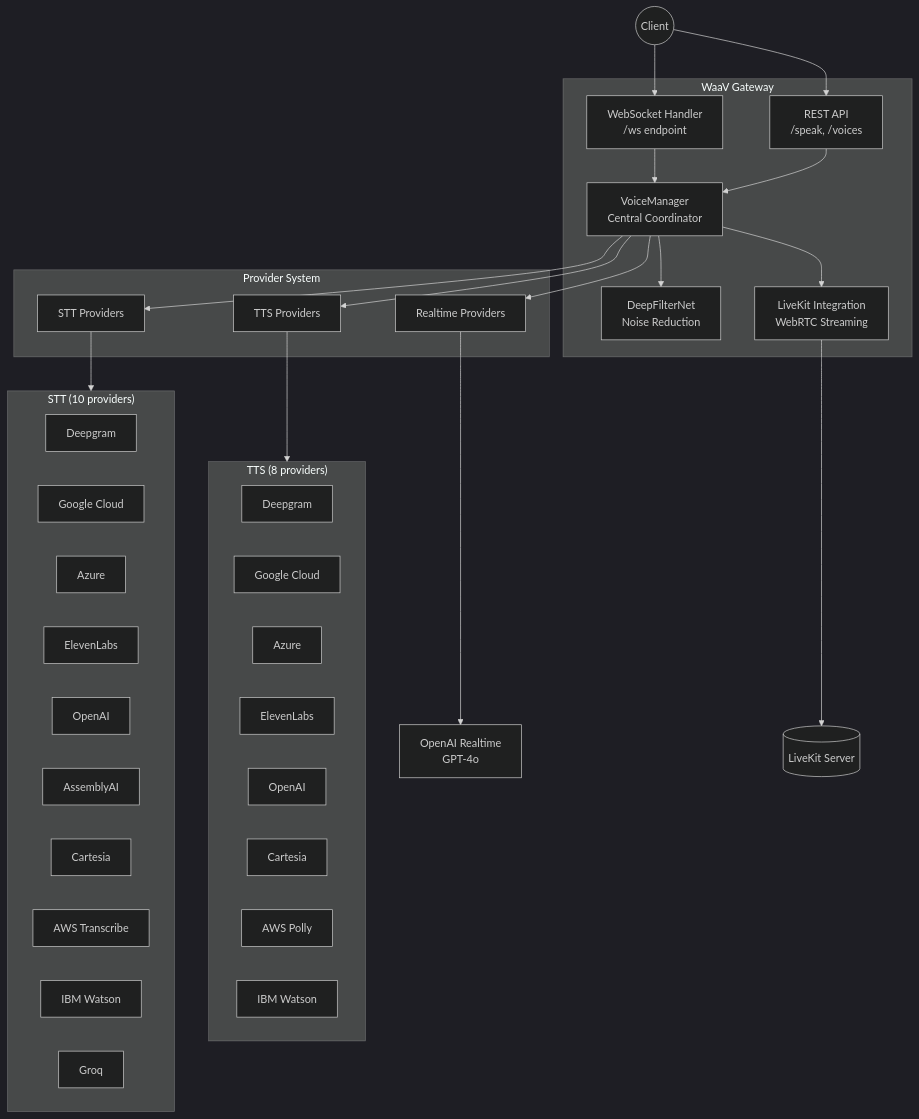
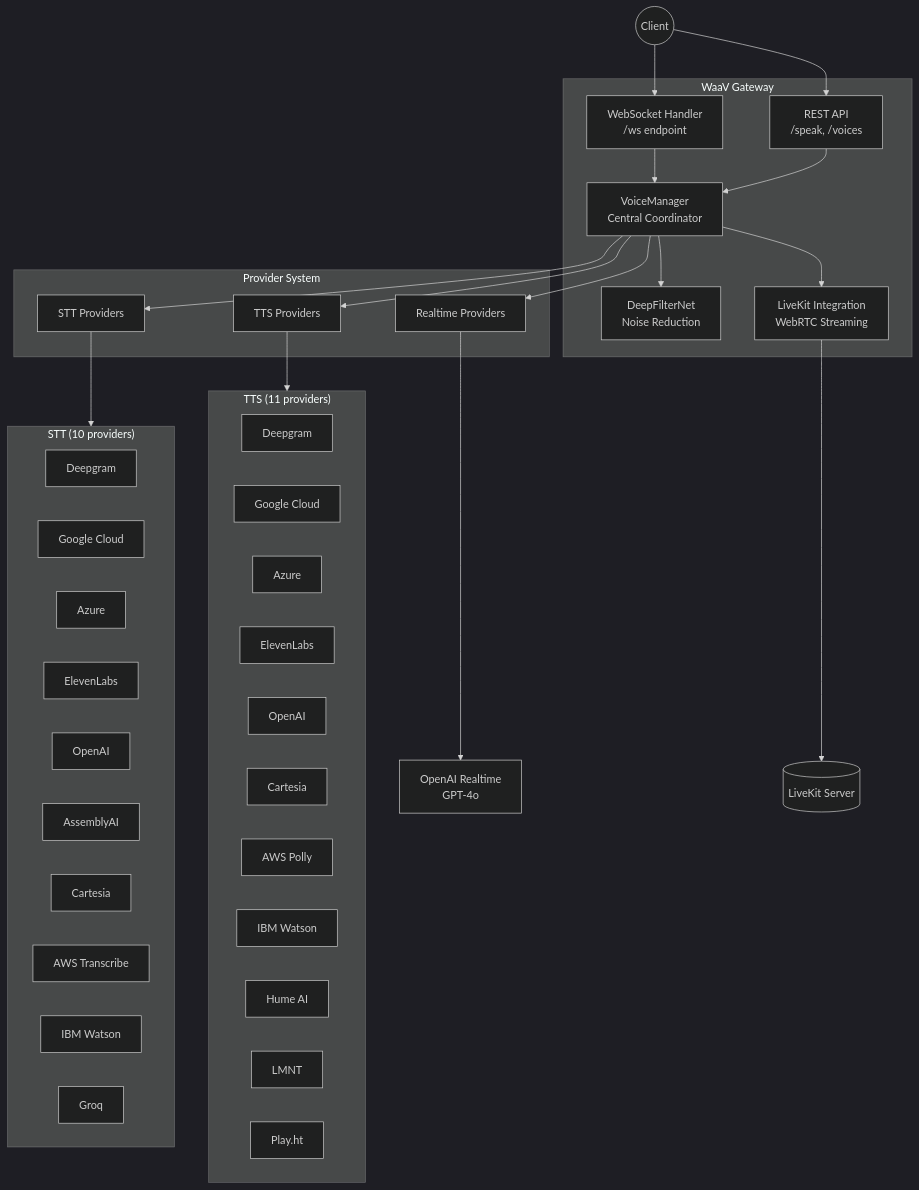
The first of 4 diagrams in gateway/README.md (BudEcosystem/WaaV), drawn with Mermaid (dark theme) before and after one commit. The commit also changed other lines of this file and 8 other files, not shown here.

First line of the commit message:
feat(playht): Add Play.ht TTS provider integration

````diff
--- a/gateway/README.md
+++ b/gateway/README.md
@@ -185,54 +186,57 @@
 ```mermaid
 graph TB
     subgraph Gateway["WaaV Gateway"]
         WS["WebSocket Handler<br/>/ws endpoint"]
         REST["REST API<br/>/speak, /voices"]
         VM["VoiceManager<br/>Central Coordinator"]
         NF["DeepFilterNet<br/>Noise Reduction"]
         LK["LiveKit Integration<br/>WebRTC Streaming"]
     end
 
     subgraph Providers["Provider System"]
         STT["STT Providers"]
         TTS["TTS Providers"]
         RT["Realtime Providers"]
     end
 
     subgraph STTList["STT (10 providers)"]
         DG_S["Deepgram"]
         GC_S["Google Cloud"]
         AZ_S["Azure"]
         EL_S["ElevenLabs"]
         OA_S["OpenAI"]
         AA_S["AssemblyAI"]
         CA_S["Cartesia"]
         AWS_S["AWS Transcribe"]
         IBM_S["IBM Watson"]
         GQ_S["Groq"]
     end
 
-    subgraph TTSList["TTS (8 providers)"]
+    subgraph TTSList["TTS (11 providers)"]
         DG_T["Deepgram"]
         GC_T["Google Cloud"]
         AZ_T["Azure"]
         EL_T["ElevenLabs"]
         OA_T["OpenAI"]
         CA_T["Cartesia"]
         AWS_T["AWS Polly"]
         IBM_T["IBM Watson"]
+        HU_T["Hume AI"]
+        LM_T["LMNT"]
+        PH_T["Play.ht"]
     end
 
     Client((Client)) --> WS
     Client --> REST
     WS --> VM
     REST --> VM
     VM --> NF
     VM --> STT
     VM --> TTS
     VM --> RT
     VM --> LK
     STT --> STTList
     TTS --> TTSList
     RT --> OA_RT["OpenAI Realtime<br/>GPT-4o"]
     LK --> LiveKit[(LiveKit Server)]
 ```
````
